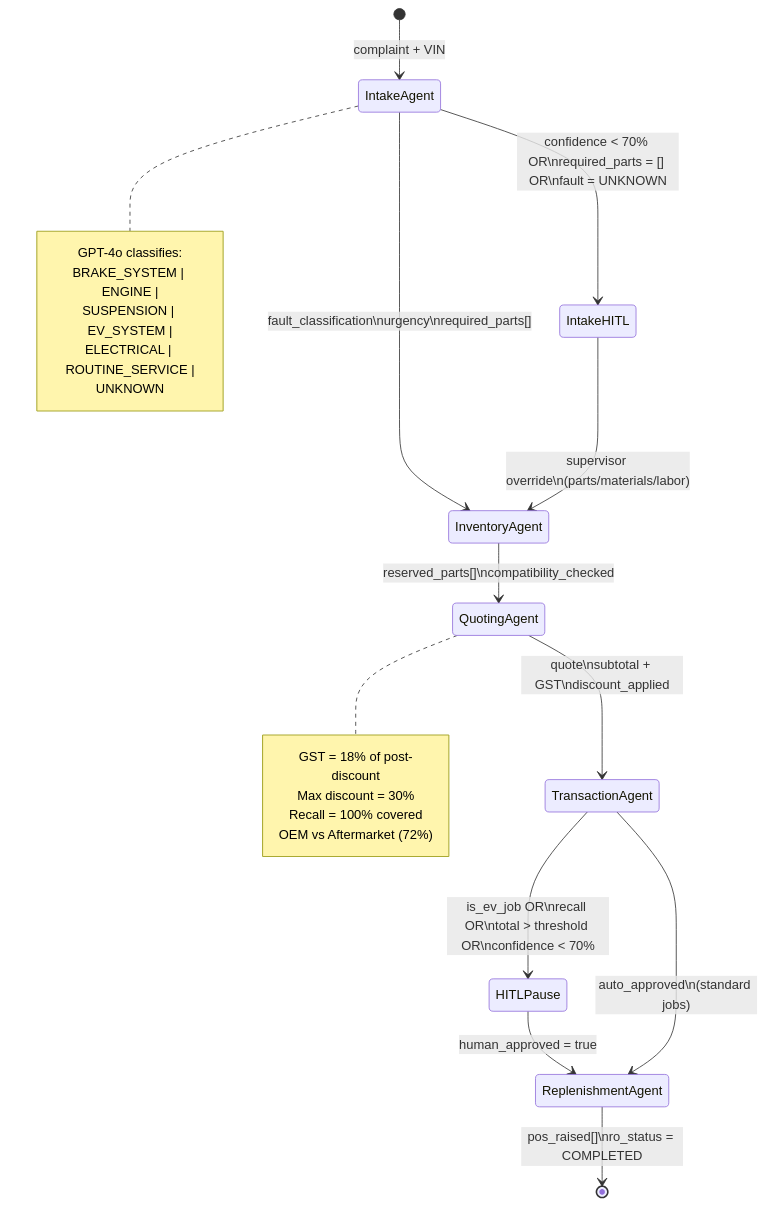
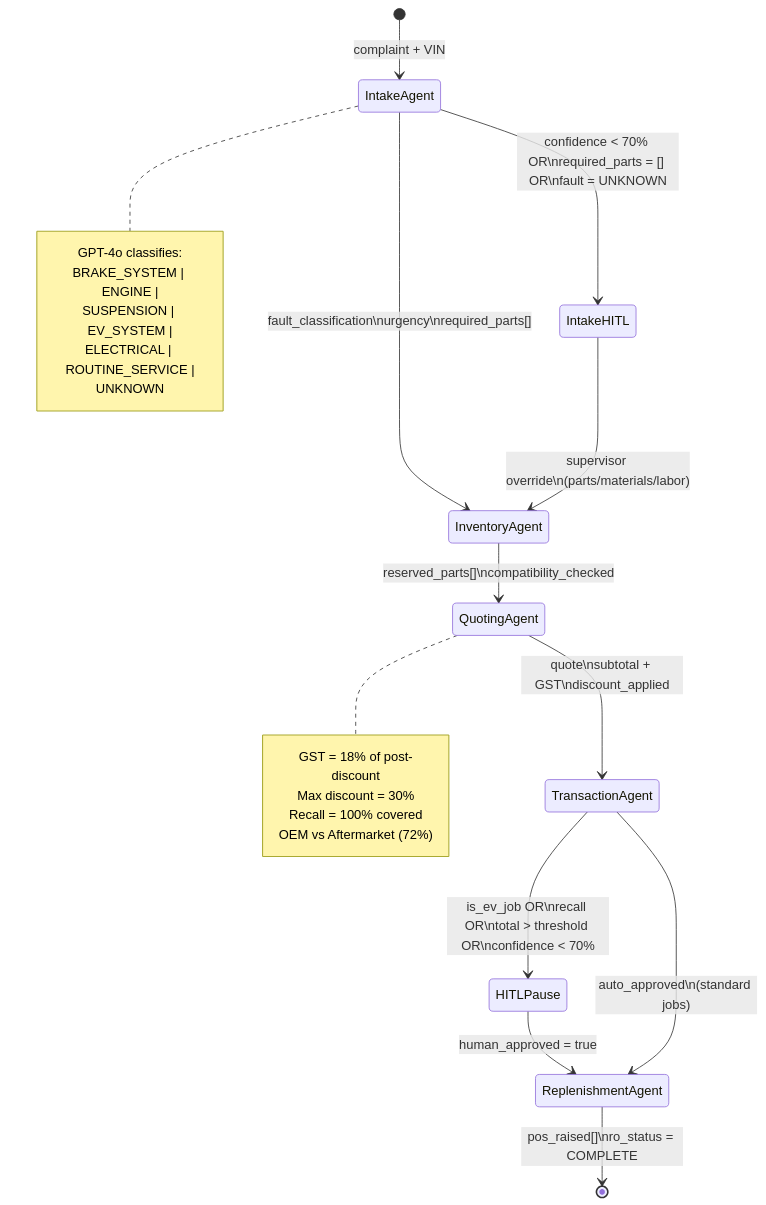
One commit to PravirSinha/Conduit changed the second of 5 diagrams in docs/architecture.md. Above: the diagram before and after it, drawn with Mermaid. The commit also changed other lines of this file and 1 other file, not shown here.

Commit message:
update README and architecture

````diff
--- a/docs/architecture.md
+++ b/docs/architecture.md
@@ -59,36 +59,36 @@
 ```mermaid
 stateDiagram-v2
     [*] --> IntakeAgent : complaint + VIN
 
     IntakeAgent --> InventoryAgent : fault_classification\nurgency\nrequired_parts[]
 
     IntakeAgent --> IntakeHITL : confidence < 70% OR\nrequired_parts = [] OR\nfault = UNKNOWN
     IntakeHITL --> InventoryAgent : supervisor override\n(parts/materials/labor)
 
     InventoryAgent --> QuotingAgent : reserved_parts[]\ncompatibility_checked
 
     QuotingAgent --> TransactionAgent : quote\nsubtotal + GST\ndiscount_applied
 
     TransactionAgent --> HITLPause : is_ev_job OR\nrecall OR\ntotal > threshold OR\nconfidence < 70%
 
     HITLPause --> ReplenishmentAgent : human_approved = true
 
     TransactionAgent --> ReplenishmentAgent : auto_approved\n(standard jobs)
 
-    ReplenishmentAgent --> [*] : pos_raised[]\nro_status = COMPLETED
+    ReplenishmentAgent --> [*] : pos_raised[]\nro_status = COMPLETE
 
     note right of IntakeAgent
         GPT-4o classifies:
         BRAKE_SYSTEM | ENGINE |
         SUSPENSION | EV_SYSTEM |
         ELECTRICAL | ROUTINE_SERVICE |
         UNKNOWN
     end note
 
     note right of QuotingAgent
         GST = 18% of post-discount
         Max discount = 30%
         Recall = 100% covered
         OEM vs Aftermarket (72%)
     end note
 ```
````
